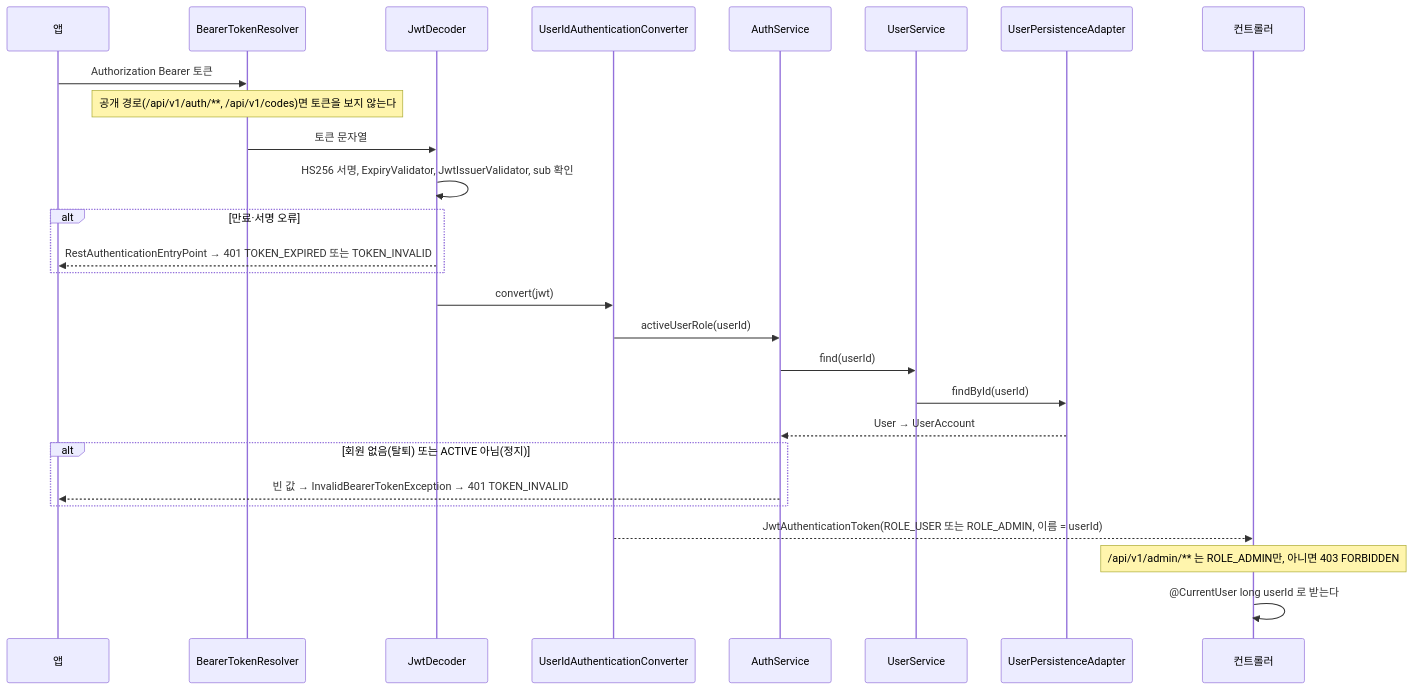
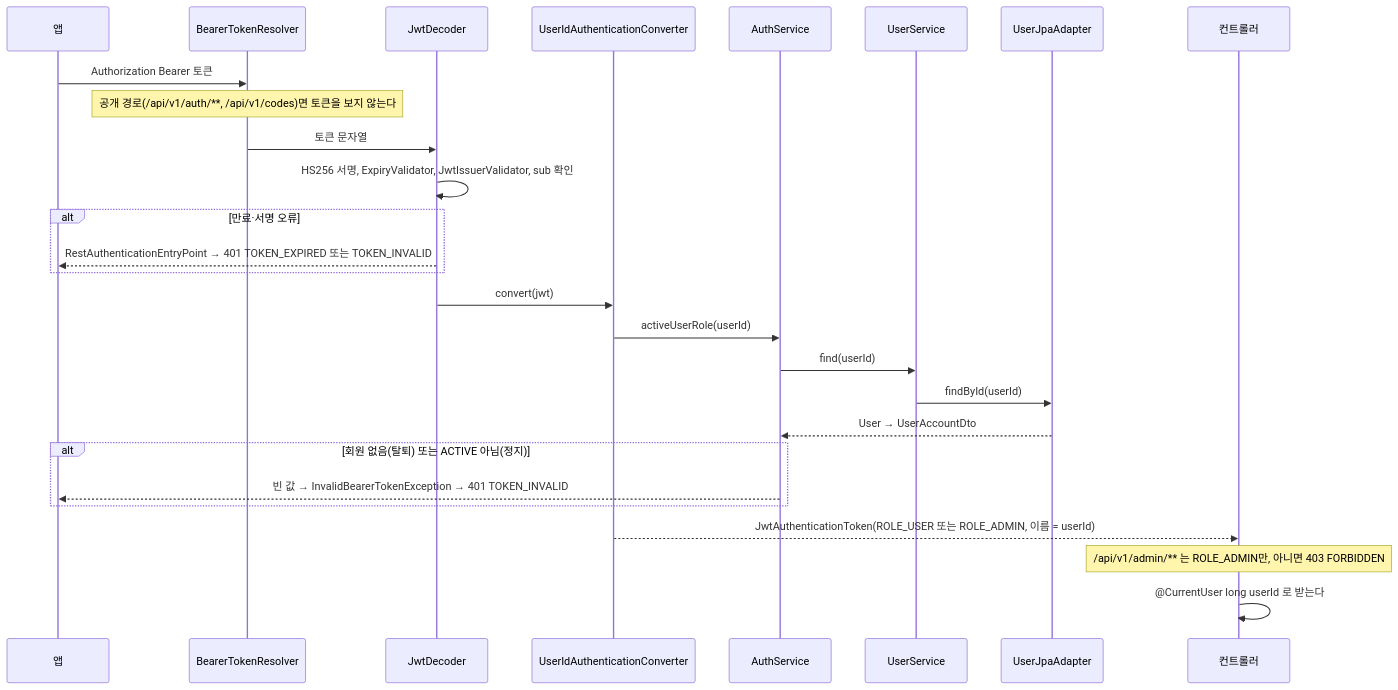
The second of 10 diagrams in doc/10_백엔드_흐름.md (showzone83/wearly), drawn with Mermaid before and after one commit. The commit also changed other lines of this file and 2 other files, not shown here.

````diff
--- a/doc/10_백엔드_흐름.md
+++ b/doc/10_백엔드_흐름.md
@@ -91,30 +98,30 @@
 ```mermaid
 sequenceDiagram
   participant C as 앱
   participant R as BearerTokenResolver
   participant D as JwtDecoder
   participant V as UserIdAuthenticationConverter
   participant A as AuthService
   participant U as UserService
-  participant P as UserPersistenceAdapter
+  participant P as UserJpaAdapter
   participant W as 컨트롤러
 
   C->>R: Authorization Bearer 토큰
   Note over R: 공개 경로(/api/v1/auth/**, /api/v1/codes)면 토큰을 보지 않는다
   R->>D: 토큰 문자열
   D->>D: HS256 서명, ExpiryValidator, JwtIssuerValidator, sub 확인
   alt 만료·서명 오류
     D-->>C: RestAuthenticationEntryPoint → 401 TOKEN_EXPIRED 또는 TOKEN_INVALID
   end
   D->>V: convert(jwt)
   V->>A: activeUserRole(userId)
   A->>U: find(userId)
   U->>P: findById(userId)
-  P-->>A: User → UserAccount
+  P-->>A: User → UserAccountDto
   alt 회원 없음(탈퇴) 또는 ACTIVE 아님(정지)
     A-->>C: 빈 값 → InvalidBearerTokenException → 401 TOKEN_INVALID
   end
   V-->>W: JwtAuthenticationToken(ROLE_USER 또는 ROLE_ADMIN, 이름 = userId)
   Note over W: /api/v1/admin/** 는 ROLE_ADMIN만, 아니면 403 FORBIDDEN
   W->>W: @CurrentUser long userId 로 받는다
 ```
````
